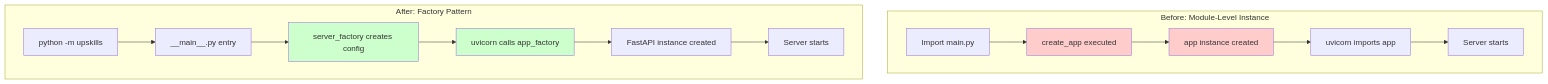
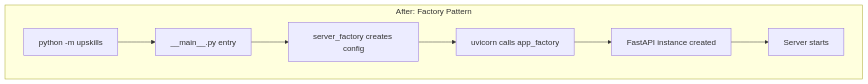
One commit to ELC/upskilling changed the second of 5 diagrams in docs/changes_from_add-mise_to_refactor-to-app-factory.md. Above: the diagram before and after it, drawn with Mermaid.

Commit message:
chore(docs): add changelog summary

````diff
--- a/docs/changes_from_add-mise_to_refactor-to-app-factory.md
+++ b/docs/changes_from_add-mise_to_refactor-to-app-factory.md
@@ -21,21 +31,10 @@
 ```mermaid
-graph TB
-    subgraph "Before: Module-Level Instance"
-        A1[Import main.py] --> A2[create_app executed]
-        A2 --> A3[app instance created]
-        A3 --> A4[uvicorn imports app]
-        A4 --> A5[Server starts]
-        style A2 fill:#ffcccc
-        style A3 fill:#ffcccc
-    end
-    
+graph TB    
     subgraph "After: Factory Pattern"
         B1[python -m upskills] --> B2[__main__.py entry]
         B2 --> B3[server_factory creates config]
         B3 --> B4[uvicorn calls app_factory]
         B4 --> B5[FastAPI instance created]
         B5 --> B6[Server starts]
-        style B3 fill:#ccffcc
-        style B4 fill:#ccffcc
     end
 ```
````
